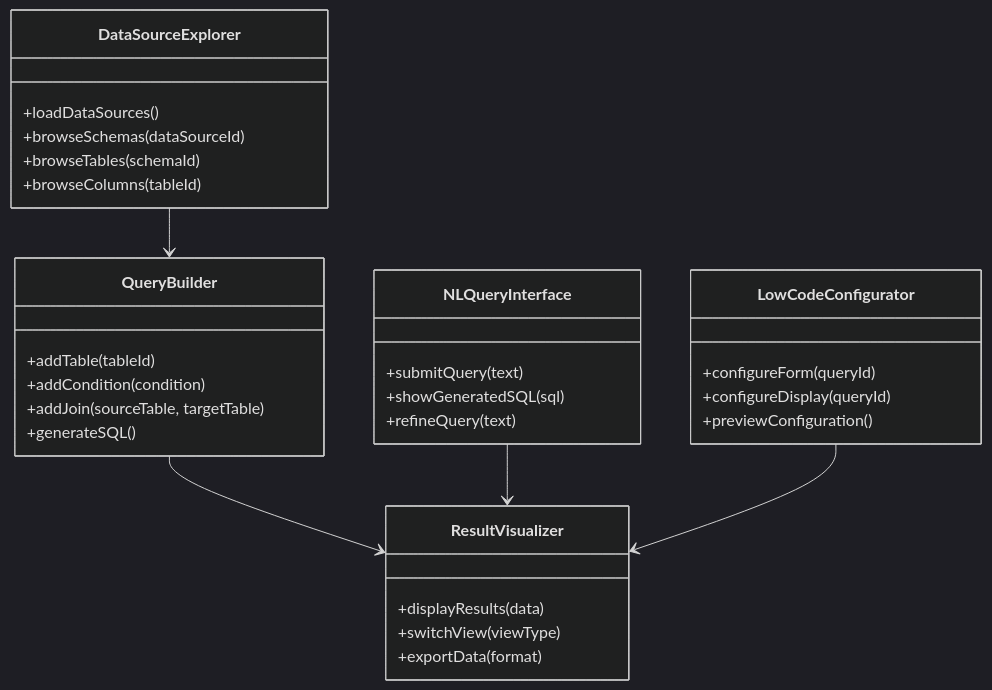
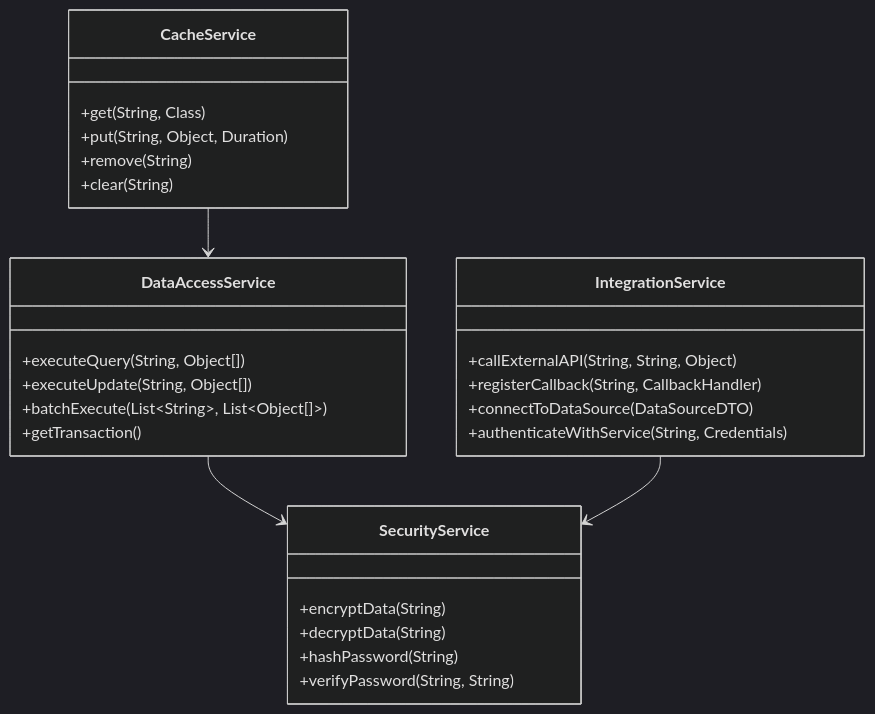
The seventh of 8 diagrams in docs/architecture.md (im47cn/data-scope), drawn with Mermaid (dark theme) before and after one commit. The commit also changed other lines of this file and 26 other files, not shown here.

````diff
--- a/docs/architecture.md
+++ b/docs/architecture.md
@@ -299,39 +289,34 @@
 ```mermaid
 classDiagram
-    class DataSourceExplorer {
-        +loadDataSources()
-        +browseSchemas(dataSourceId)
-        +browseTables(schemaId)
-        +browseColumns(tableId)
+    class DataAccessService {
+        +executeQuery(String, Object[])
+        +executeUpdate(String, Object[])
+        +batchExecute(List~String~, List~Object[]~)
+        +getTransaction()
     }
     
-    class QueryBuilder {
-        +addTable(tableId)
-        +addCondition(condition)
-        +addJoin(sourceTable, targetTable)
-        +generateSQL()
+    class CacheService {
+        +get(String, Class)
+        +put(String, Object, Duration)
+        +remove(String)
+        +clear(String)
     }
     
-    class NLQueryInterface {
-        +submitQuery(text)
-        +showGeneratedSQL(sql)
-        +refineQuery(text)
+    class SecurityService {
+        +encryptData(String)
+        +decryptData(String)
+        +hashPassword(String)
+        +verifyPassword(String, String)
     }
     
-    class ResultVisualizer {
-        +displayResults(data)
-        +switchView(viewType)
-        +exportData(format)
-    }
-    
-    class LowCodeConfigurator {
-        +configureForm(queryId)
-        +configureDisplay(queryId)
-        +previewConfiguration()
+    class IntegrationService {
+        +callExternalAPI(String, String, Object)
+        +registerCallback(String, CallbackHandler)
+        +connectToDataSource(DataSourceDTO)
+        +authenticateWithService(String, Credentials)
     }
 
-    DataSourceExplorer --> QueryBuilder
-    QueryBuilder --> ResultVisualizer
-    NLQueryInterface --> ResultVisualizer
-    LowCodeConfigurator --> ResultVisualizer
+    DataAccessService --> SecurityService
+    CacheService --> DataAccessService
+    IntegrationService --> SecurityService
 ```
````
